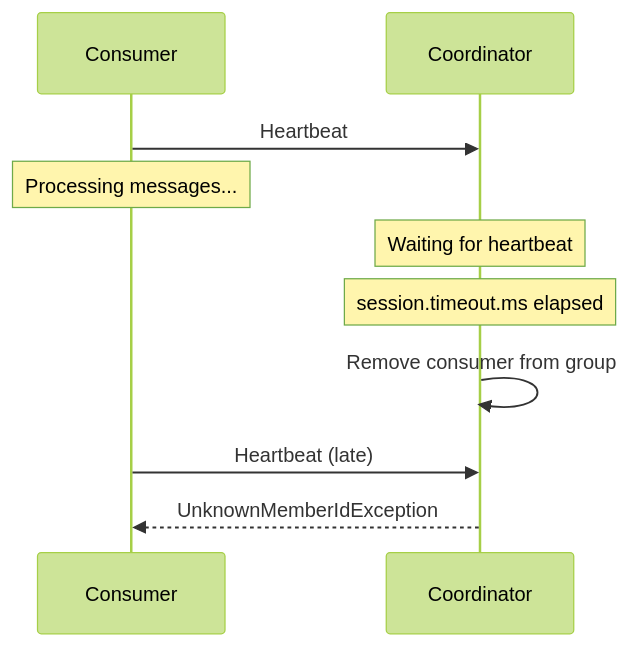
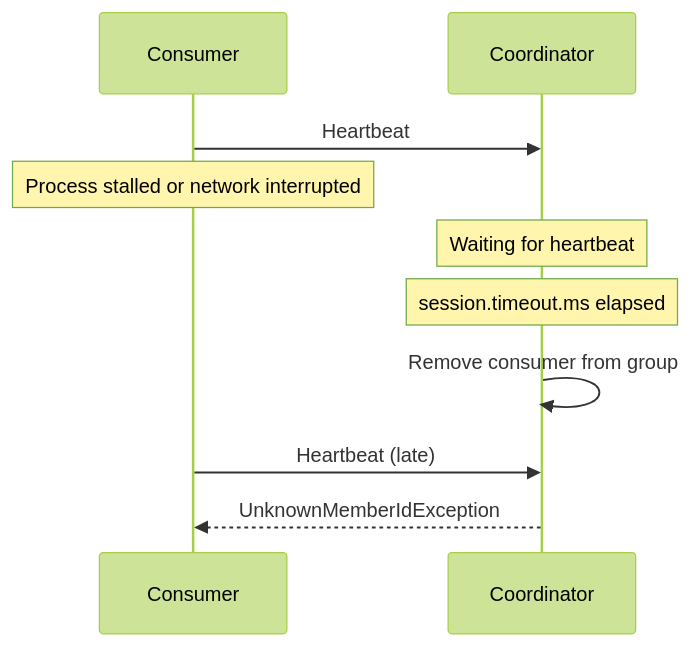
The second of 3 diagrams in posts/2026-01-24-kafka-unknownmemberidexception/README.md (OneUptime/blog), drawn with Mermaid (forest theme) before and after one commit. The commit also changed other lines of this file and 2 other files, not shown here.

````diff
--- a/posts/2026-01-24-kafka-unknownmemberidexception/README.md
+++ b/posts/2026-01-24-kafka-unknownmemberidexception/README.md
@@ -71,13 +71,13 @@
 ```mermaid
 sequenceDiagram
     participant Consumer
     participant Coordinator
 
     Consumer->>Coordinator: Heartbeat
-    Note over Consumer: Processing messages...
+    Note over Consumer: Process stalled or network interrupted
     Note over Coordinator: Waiting for heartbeat
     Note over Coordinator: session.timeout.ms elapsed
     Coordinator->>Coordinator: Remove consumer from group
     Consumer->>Coordinator: Heartbeat (late)
     Coordinator-->>Consumer: UnknownMemberIdException
 ```
````
